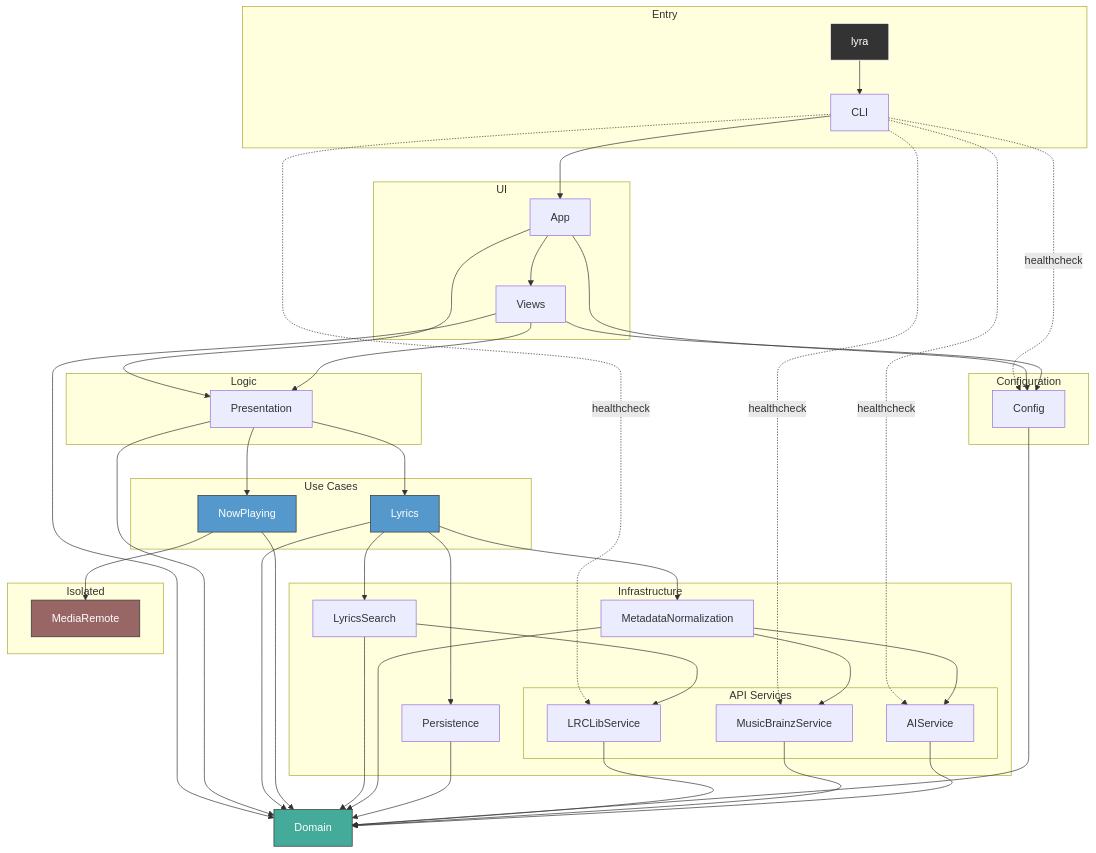
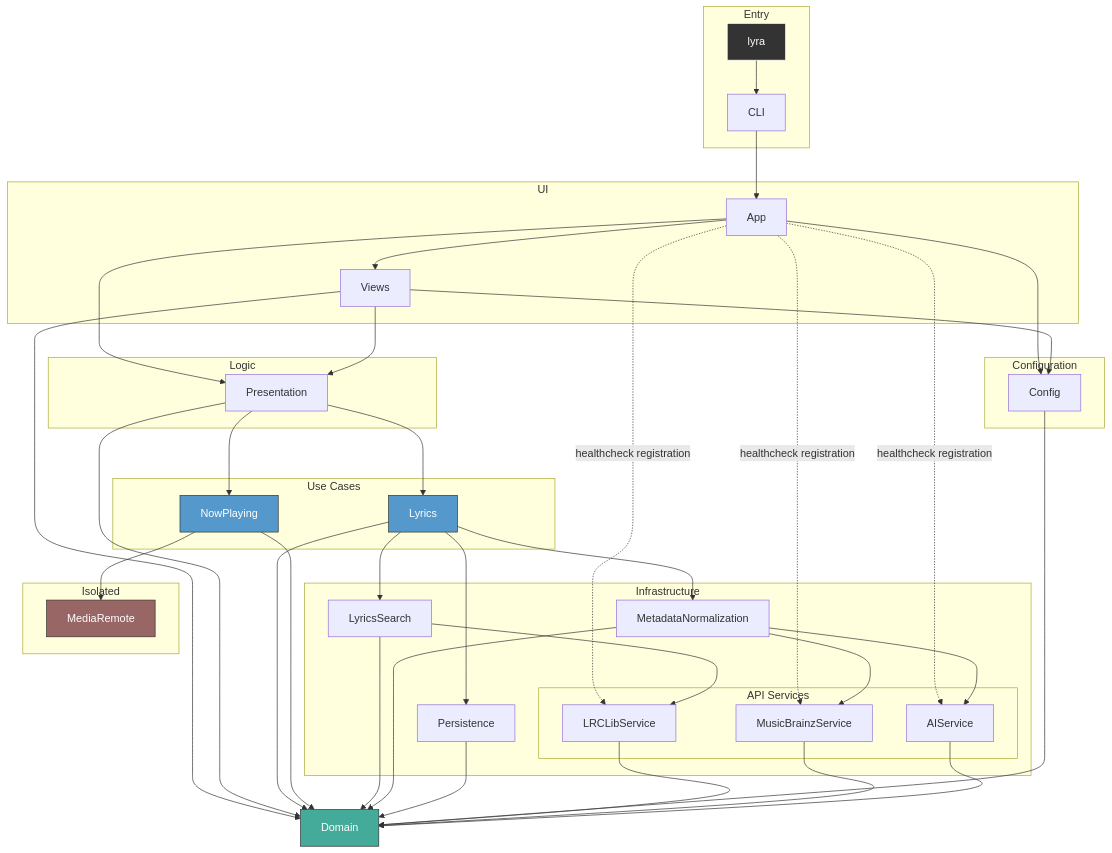
Before and after one commit to GeneralD/backdrop: the diagram in CLAUDE.md, drawn with Mermaid.

Commit message:
docs: update dependency graph — CLI no longer depends on Services

````diff
--- a/CLAUDE.md
+++ b/CLAUDE.md
@@ -22,64 +22,64 @@
 ```mermaid
 graph TD
     subgraph Entry
         lyra[lyra]
         CLI[CLI]
     end
 
     subgraph UI
         App[App]
         Views[Views]
     end
 
     subgraph Logic
         Presentation[Presentation]
     end
 
     subgraph Use Cases
         Lyrics[Lyrics]
         NowPlaying[NowPlaying]
     end
 
     subgraph Configuration
         Config[Config]
     end
 
     subgraph Infrastructure
         LyricsSearch[LyricsSearch]
         MetadataNormalization[MetadataNormalization]
         Persistence[Persistence]
         subgraph API Services
             LRCLibService[LRCLibService]
             MusicBrainzService[MusicBrainzService]
             AIService[AIService]
         end
     end
 
     subgraph Isolated
         MediaRemote[MediaRemote]
     end
 
     Domain[Domain]
 
     lyra --> CLI
     CLI --> App
-    CLI -.->|healthcheck| Config & LRCLibService & MusicBrainzService & AIService
     App --> Views & Presentation & Config
+    App -.->|healthcheck registration| LRCLibService & MusicBrainzService & AIService
     Views --> Presentation & Config & Domain
     Presentation --> Lyrics & NowPlaying & Domain
     Lyrics --> LyricsSearch & Persistence & MetadataNormalization & Domain
     NowPlaying --> MediaRemote & Domain
     LyricsSearch --> LRCLibService & Domain
     MetadataNormalization --> AIService & MusicBrainzService & Domain
     Persistence --> Domain
     Config --> Domain
     LRCLibService --> Domain
     MusicBrainzService --> Domain
     AIService --> Domain
 
     style Domain fill:#4a9,stroke:#333,color:#fff
     style Lyrics fill:#59c,stroke:#333,color:#fff
     style NowPlaying fill:#59c,stroke:#333,color:#fff
     style MediaRemote fill:#966,stroke:#333,color:#fff
     style lyra fill:#333,stroke:#fff,color:#fff
 ```
````
